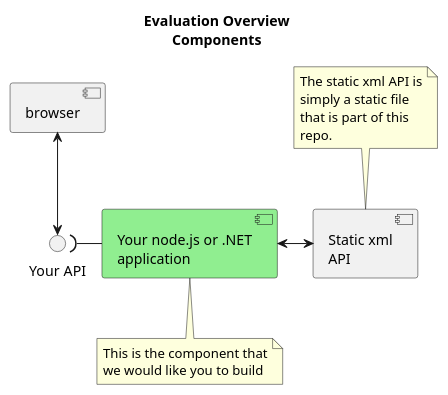
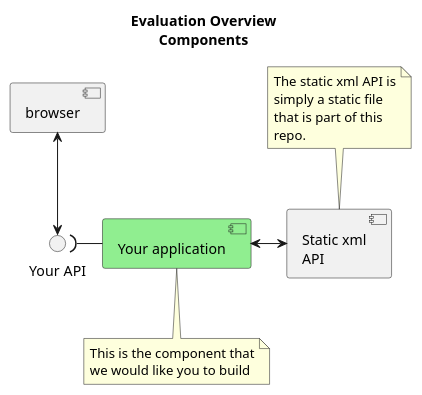
The diagram in images/components.puml (MiddlewareNewZealand/evaluation-instructions), drawn with PlantUML before and after one commit.

Commit message:
Supporting multiple languages

```diff
--- a/images/components.puml
+++ b/images/components.puml
@@ -1,24 +1,24 @@
 @startuml evaluation-instructions
 title
 Evaluation Overview
 Components
 end title
 component browser as B
 interface "Your API" as YA
-component "Your node.js or .NET\napplication" as N #LightGreen
+component "Your application" as N #LightGreen
 component "Static xml\nAPI" as A
 
 B <--> YA
 N -left( YA
 N <-> A
 note top of A
     The static xml API is
     simply a static file
     that is part of this
     repo.
 end note
 note bottom of N
     This is the component that
     we would like you to build
 end note
 @enduml
```
